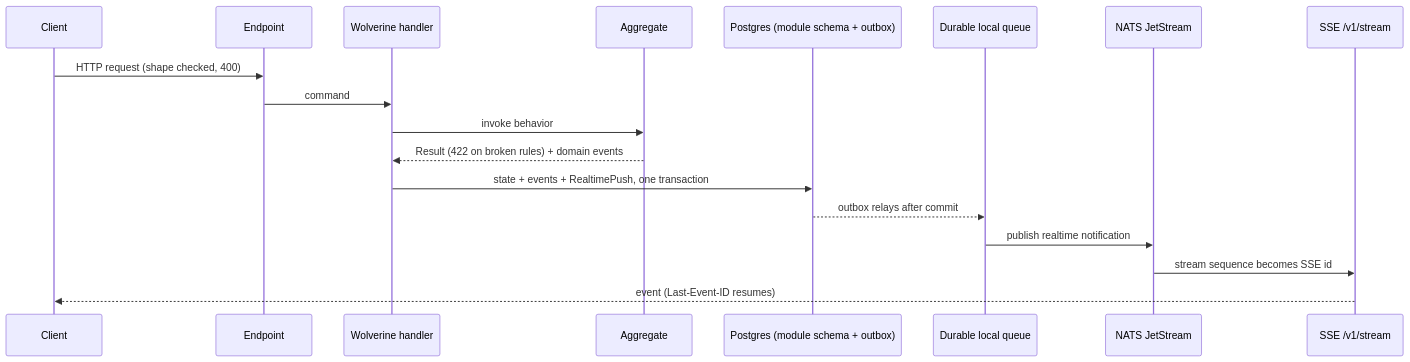
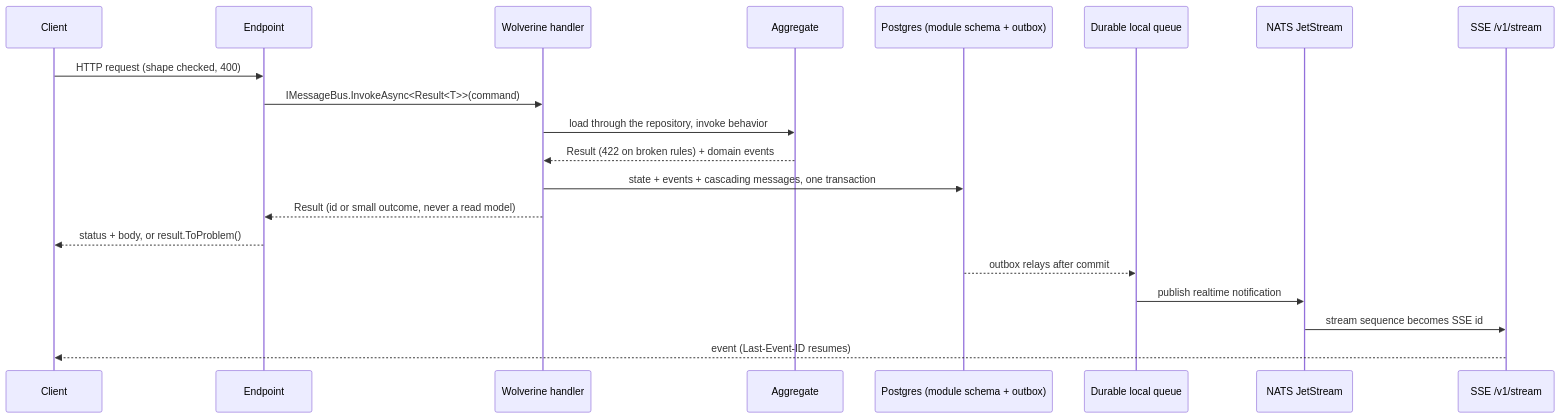
One commit to MathiasHilgert/frappe-api changed the second of 3 diagrams in README.md. Above: the diagram before and after it, drawn with Mermaid. The commit also changed other lines of this file and 13 other files, not shown here.

Commit message:
refactor(identity): define the cqrs lite convention and enforce it with architecture tests (#49)

````diff
--- a/README.md
+++ b/README.md
@@ -74,20 +74,22 @@
 ```mermaid
 sequenceDiagram
     participant C as Client
     participant E as Endpoint
     participant H as Wolverine handler
     participant A as Aggregate
     participant DB as Postgres (module schema + outbox)
     participant Q as Durable local queue
     participant N as NATS JetStream
     participant S as SSE /v1/stream
     C->>E: HTTP request (shape checked, 400)
-    E->>H: command
-    H->>A: invoke behavior
+    E->>H: IMessageBus.InvokeAsync<Result<T>>(command)
+    H->>A: load through the repository, invoke behavior
     A-->>H: Result (422 on broken rules) + domain events
-    H->>DB: state + events + RealtimePush, one transaction
+    H->>DB: state + events + cascading messages, one transaction
+    H-->>E: Result (id or small outcome, never a read model)
+    E-->>C: status + body, or result.ToProblem()
     DB-->>Q: outbox relays after commit
     Q->>N: publish realtime notification
     N->>S: stream sequence becomes SSE id
     S-->>C: event (Last-Event-ID resumes)
 ```
````
